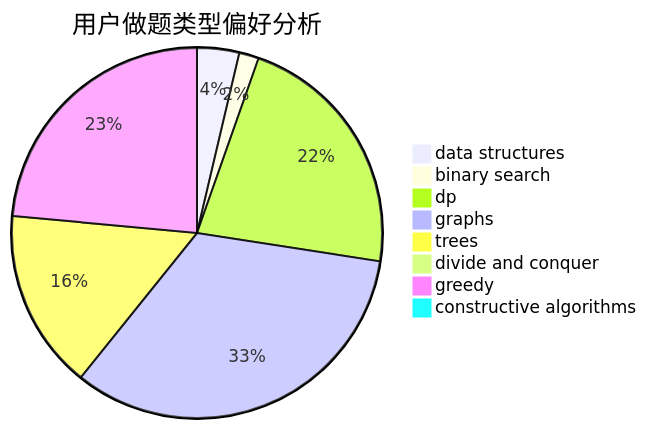
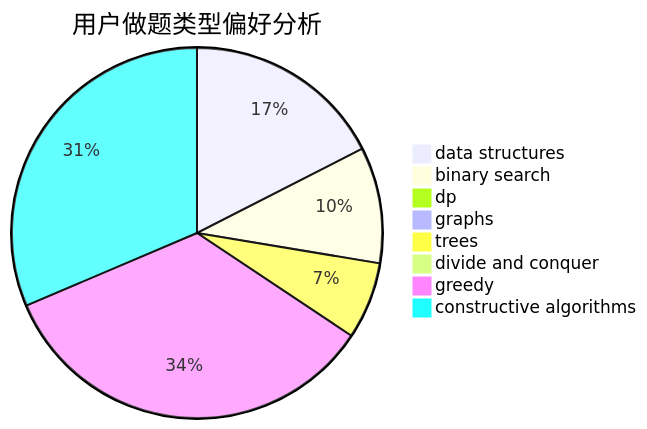
The second of 3 diagrams in docs/user/u433.md (sherpahu/cfrs.github.io), drawn with Mermaid before and after one commit. The commit also changed other lines of this file and 2770 other files, not shown here.

````diff
--- a/docs/user/u433.md
+++ b/docs/user/u433.md
@@ -23,11 +23,11 @@
 ```mermaid
 pie title 用户做题类型偏好分析
-    "data structures" :  15
-    "binary search" :  7
-    "dp" :  90
-    "graphs" :  136
-    "trees" :  64
-    "divide and conquer" :  0
-    "greedy" :  96
-    "constructive algorithms" :  4
+    "data structures" :  190
+    "binary search" :  110
+    "dp" :  1
+    "graphs" :  0
+    "trees" :  73
+    "divide and conquer" :  9
+    "greedy" :  372
+    "constructive algorithms" :  341
 ```
````
